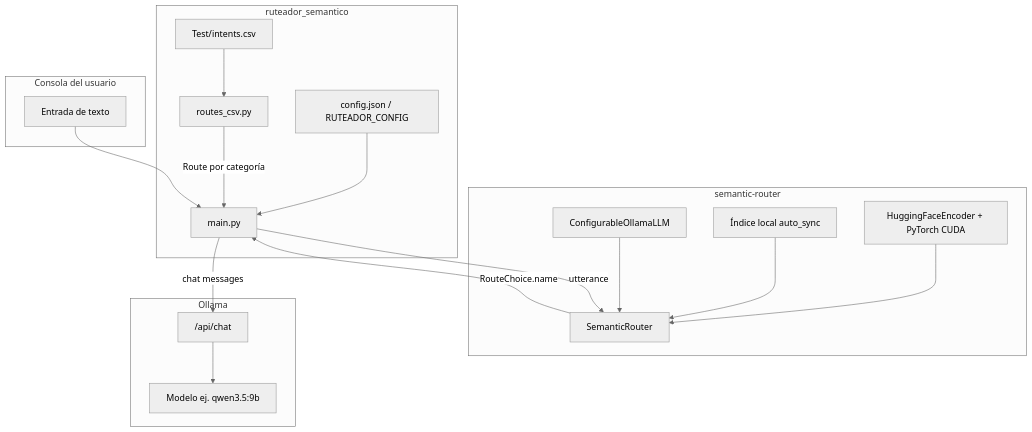
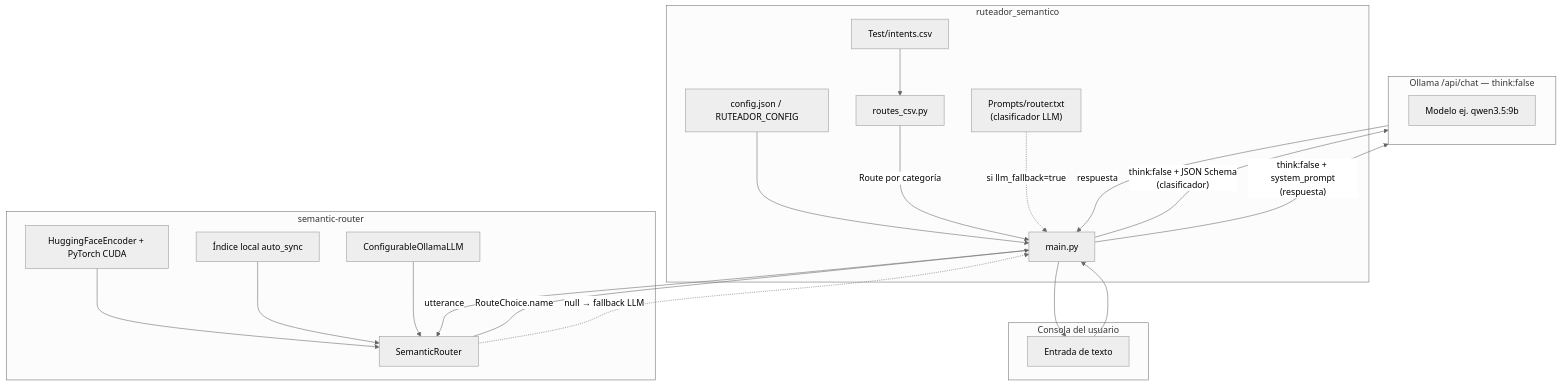
Before and after one commit to jquiroga-arg/intentrouter: the diagram in README.md, drawn with Mermaid (neutral theme). The commit also changed other lines of this file, not shown here.

First line of the commit message:
docs: update README for logging, retry, LLM fallback, tests and JSON Schema

````diff
--- a/README.md
+++ b/README.md
@@ -9,37 +9,41 @@
 ```mermaid
 flowchart TB
     subgraph consola["Consola del usuario"]
         U[Entrada de texto]
     end
 
     subgraph app["ruteador_semantico"]
         CFG[config.json / RUTEADOR_CONFIG]
         CSV[Test/intents.csv]
+        PROMPT["Prompts/router.txt\n(clasificador LLM)"]
         LD[routes_csv.py]
         MAIN[main.py]
         CFG --> MAIN
         CSV --> LD
         LD -->|Route por categoría| MAIN
+        PROMPT -.->|"si llm_fallback=true"| MAIN
     end
 
     subgraph sr["semantic-router"]
         ENC[HuggingFaceEncoder + PyTorch CUDA]
         IDX[Índice local auto_sync]
         SR[SemanticRouter]
         LLM_WRAPPER[ConfigurableOllamaLLM]
         ENC --> SR
         IDX --> SR
         LLM_WRAPPER --> SR
     end
 
-    subgraph ollama_svc["Ollama"]
-        API["/api/chat"]
+    subgraph ollama_svc["Ollama /api/chat  —  think:false"]
         MODEL["Modelo ej. qwen3.5:9b"]
-        API --> MODEL
     end
 
     U --> MAIN
     MAIN -->|utterance| SR
-    SR -->|RouteChoice.name| MAIN
-    MAIN -->|chat messages| API
+    SR -->|"RouteChoice.name"| MAIN
+    SR -. "null → fallback LLM" .-> MAIN
+    MAIN -->|"think:false + JSON Schema\n(clasificador)"| ollama_svc
+    MAIN -->|"think:false + system_prompt\n(respuesta)"| ollama_svc
+    ollama_svc -->|respuesta| MAIN
+    MAIN --> U
 ```
````
